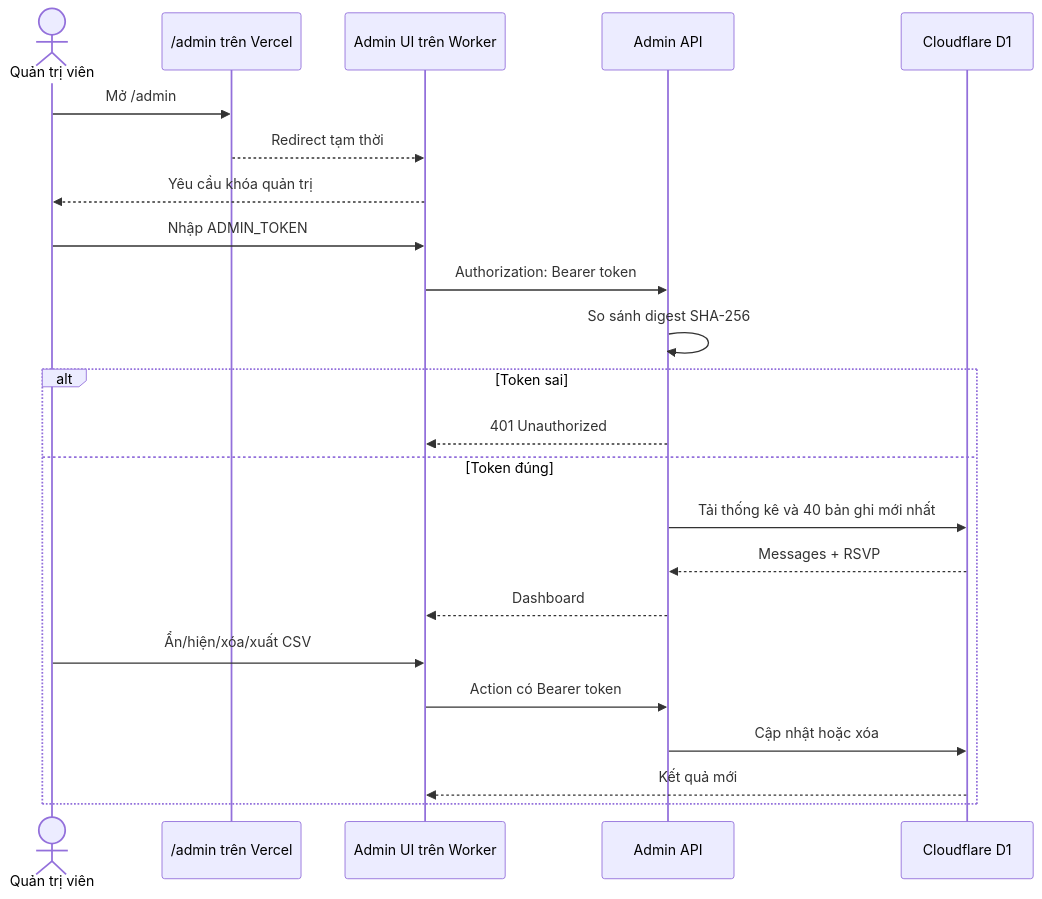
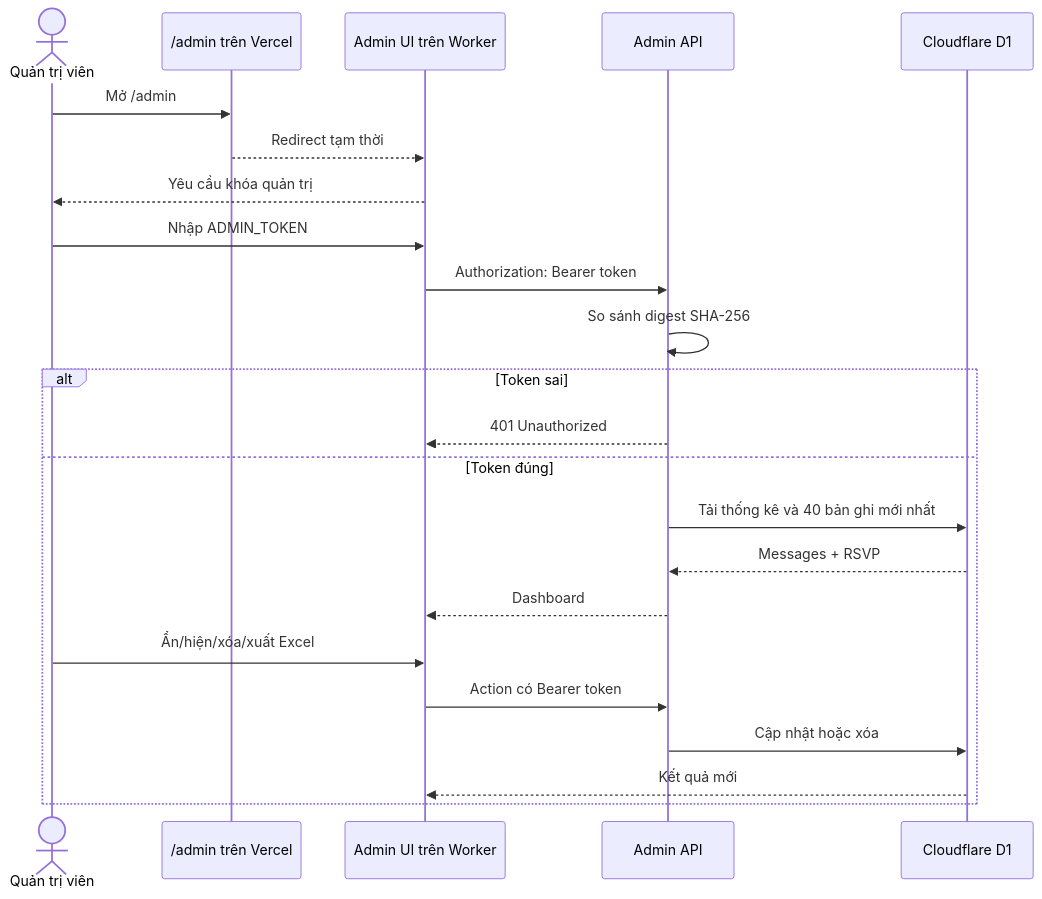
Before and after one commit to NhatLam71388/WEDDING: the fifth of 7 diagrams in docs/TECHNICAL-HANDBOOK.md, drawn with Mermaid. The commit also changed other lines of this file and 9 other files, not shown here.

First line of the commit message:
feat: export real Excel workbooks and rebuild the admin dashboard

````diff
--- a/docs/TECHNICAL-HANDBOOK.md
+++ b/docs/TECHNICAL-HANDBOOK.md
@@ -367,26 +367,26 @@
 ```mermaid
 sequenceDiagram
     actor Admin as Quản trị viên
     participant Vercel as /admin trên Vercel
     participant UI as Admin UI trên Worker
     participant API as Admin API
     participant D1 as Cloudflare D1
 
     Admin->>Vercel: Mở /admin
     Vercel-->>UI: Redirect tạm thời
     UI-->>Admin: Yêu cầu khóa quản trị
     Admin->>UI: Nhập ADMIN_TOKEN
     UI->>API: Authorization: Bearer token
     API->>API: So sánh digest SHA-256
     alt Token sai
         API-->>UI: 401 Unauthorized
     else Token đúng
         API->>D1: Tải thống kê và 40 bản ghi mới nhất
         D1-->>API: Messages + RSVP
         API-->>UI: Dashboard
-        Admin->>UI: Ẩn/hiện/xóa/xuất CSV
+        Admin->>UI: Ẩn/hiện/xóa/xuất Excel
         UI->>API: Action có Bearer token
         API->>D1: Cập nhật hoặc xóa
         D1-->>UI: Kết quả mới
     end
 ```
````
